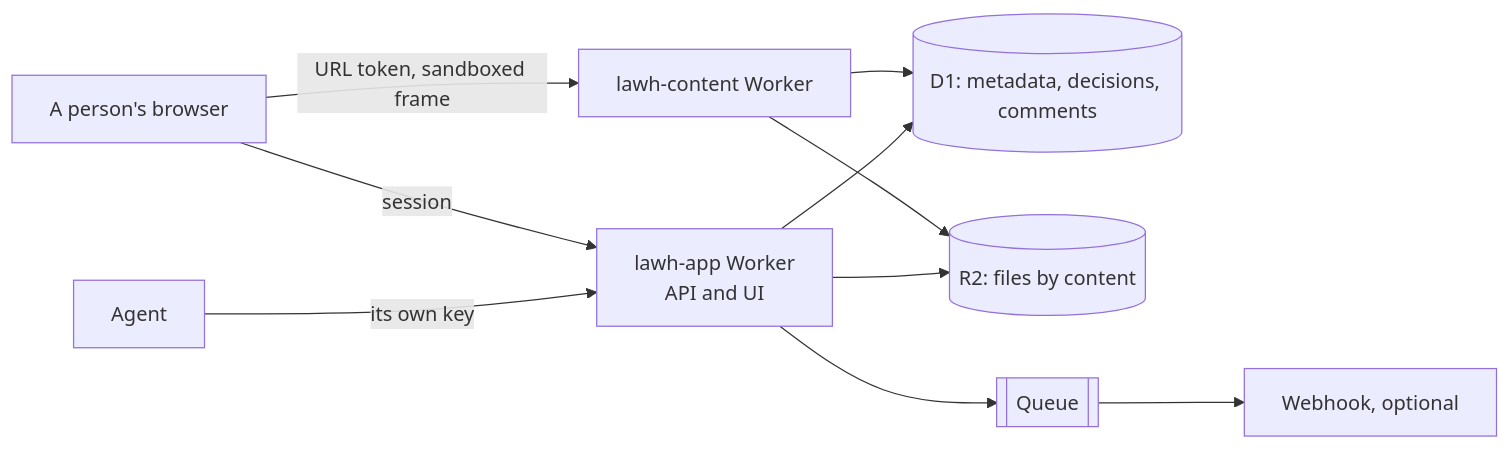
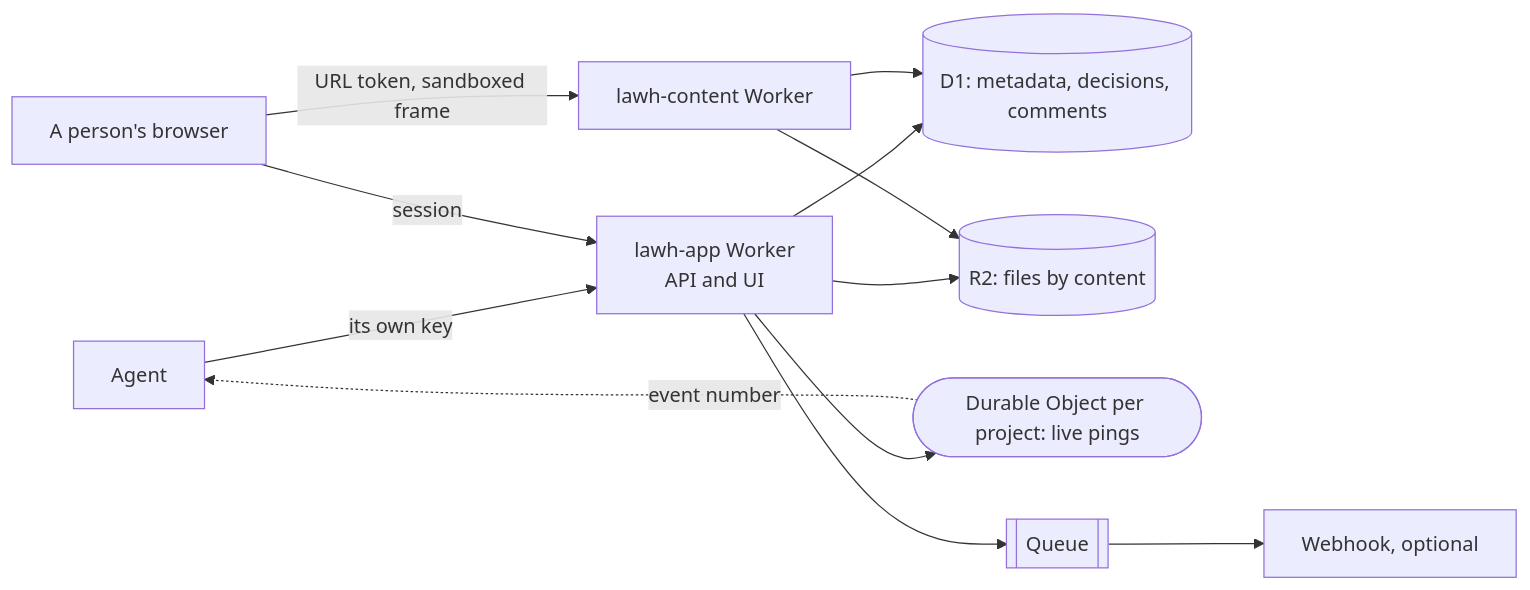
The diagram in docs/spec/README.md (Hamza-Labs-Core/lawh), drawn with Mermaid before and after one commit. The commit also changed other lines of this file and 12 other files, not shown here.

Commit message:
spec: agreement between deciders, live pings, record decision 5

````diff
--- a/docs/spec/README.md
+++ b/docs/spec/README.md
@@ -28,11 +28,12 @@
 ```mermaid
 flowchart LR
   A[Agent] -- "its own key" --> W[lawh-app Worker<br>API and UI]
   O[A person's browser] -- session --> W
   O -- "URL token, sandboxed frame" --> C[lawh-content Worker]
   W --> D[(D1: metadata, decisions, comments)]
   W --> R[(R2: files by content)]
   C --> D
   C --> R
+  W --> P([Durable Object per project: live pings]) -. "event number" .-> A
   W --> Q[[Queue]] --> H[Webhook, optional]
 ```
````
